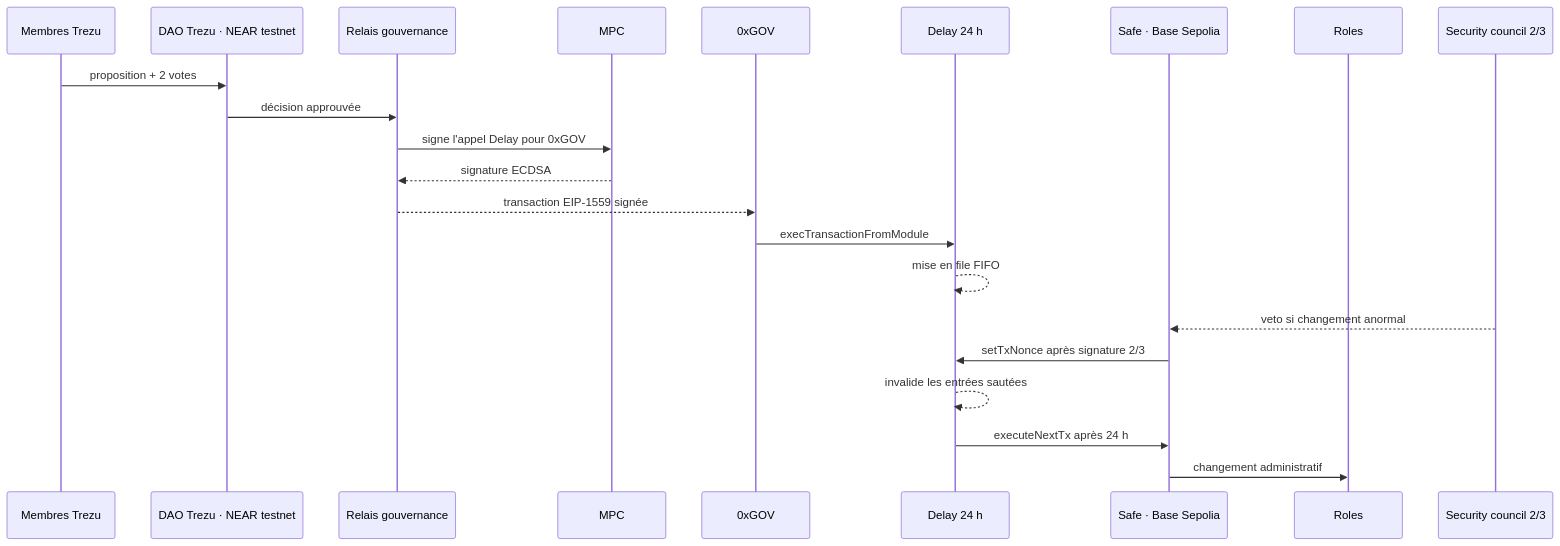
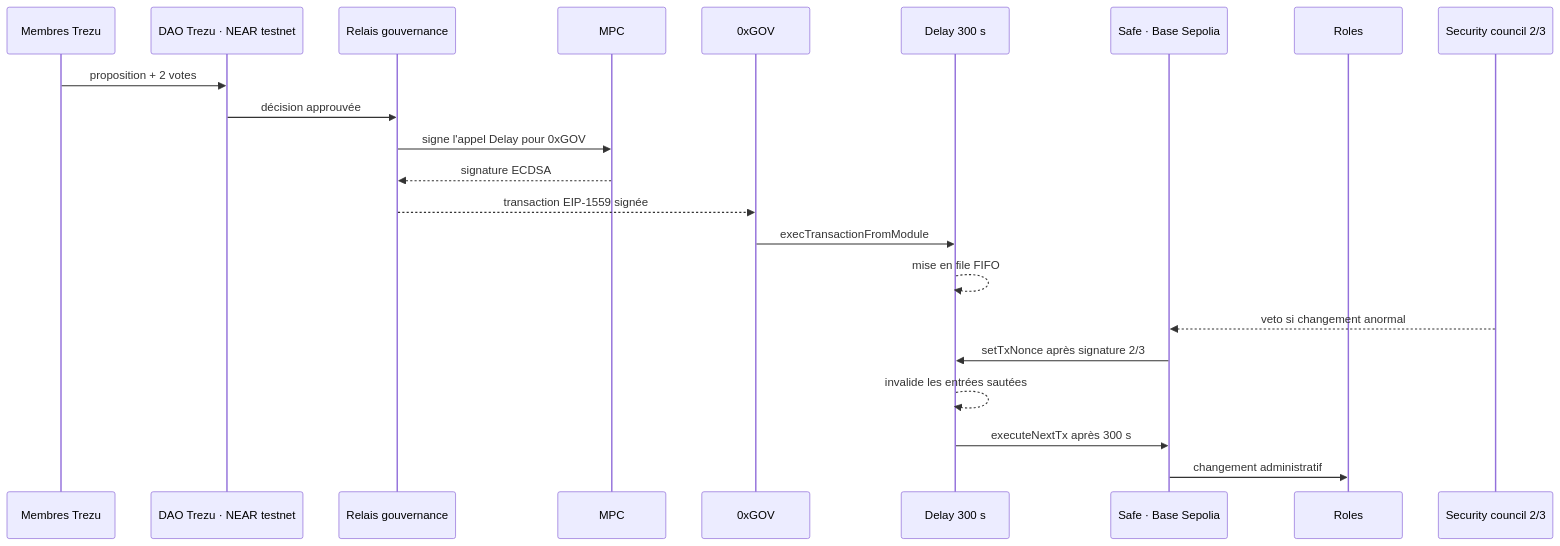
Before and after one commit to Euthyna-wallets/Euthyna: the third of 4 diagrams in Architecture.md, drawn with Mermaid. The commit also changed other lines of this file and 42 other files, not shown here.

````diff
--- a/Architecture.md
+++ b/Architecture.md
@@ -514,25 +518,25 @@
 ```mermaid
 sequenceDiagram
   participant H as Membres Trezu
   participant T as DAO Trezu · NEAR testnet
   participant G as Relais gouvernance
   participant M as MPC
   participant X as 0xGOV
-  participant D as Delay 24 h
+  participant D as Delay 300 s
   participant S as Safe · Base Sepolia
   participant R as Roles
   participant C as Security council 2/3
 
   H->>T: proposition + 2 votes
   T->>G: décision approuvée
   G->>M: signe l'appel Delay pour 0xGOV
   M-->>G: signature ECDSA
   G-->>X: transaction EIP-1559 signée
   X->>D: execTransactionFromModule
   D-->>D: mise en file FIFO
   C-->>S: veto si changement anormal
   S->>D: setTxNonce après signature 2/3
   D-->>D: invalide les entrées sautées
-  D->>S: executeNextTx après 24 h
+  D->>S: executeNextTx après 300 s
   S->>R: changement administratif
 ```
````
